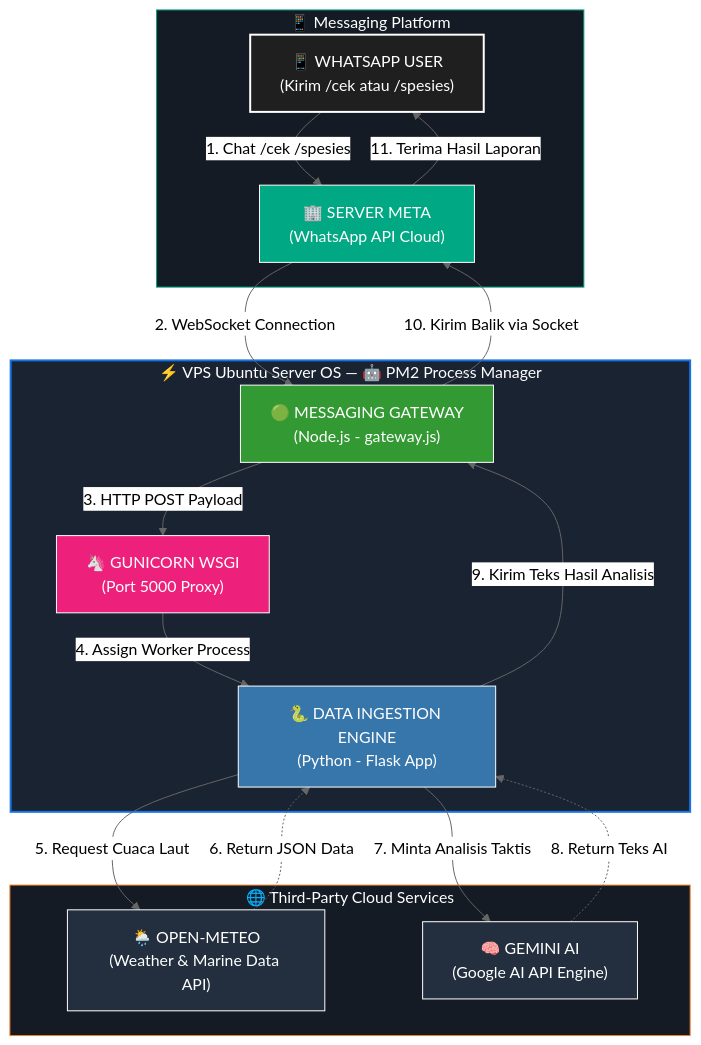
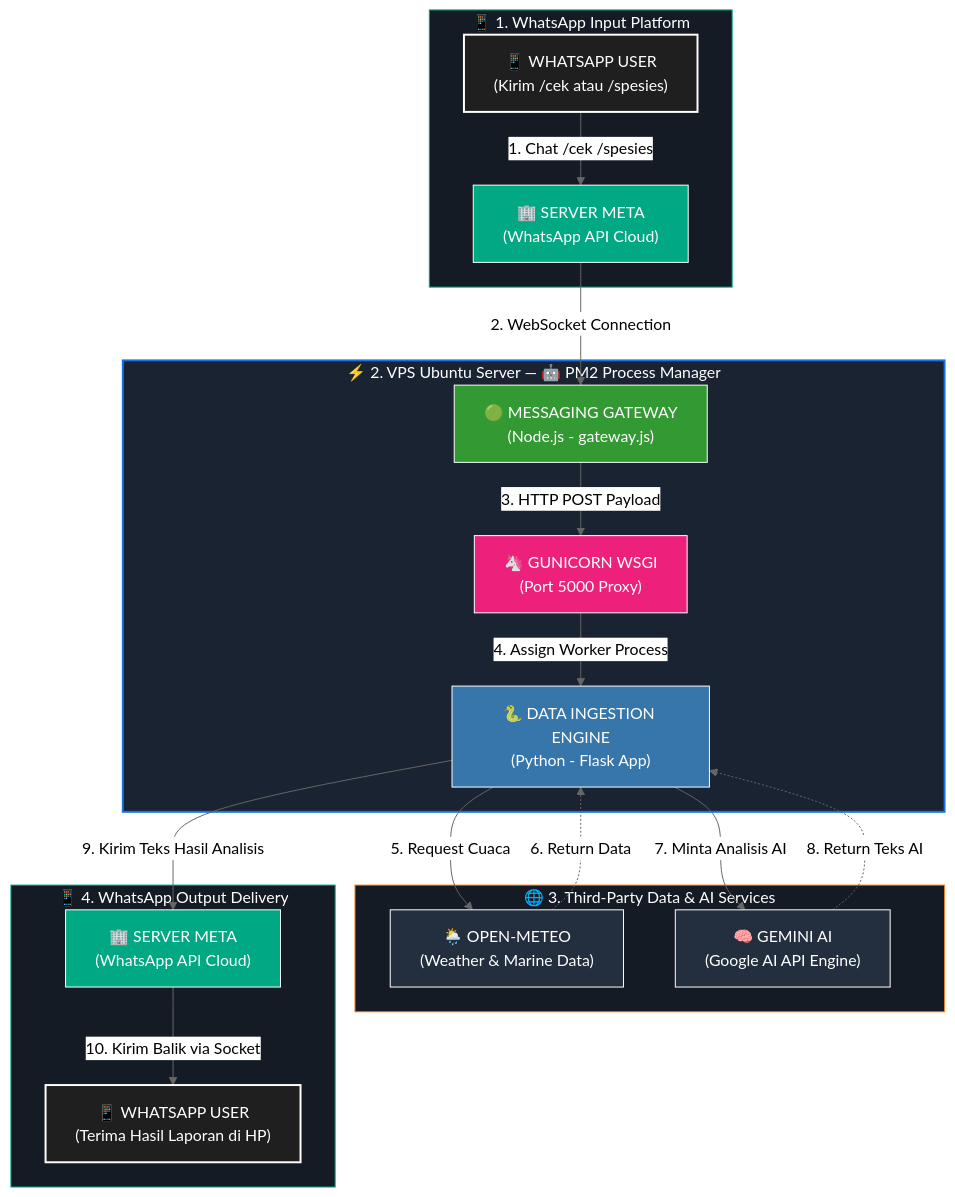
Before and after one commit to AdienDendra/architect-web: the diagram in content.id/projects/bot-fishing.md, drawn with Mermaid (neutral theme).

```diff
--- a/content.id/projects/bot-fishing.md
+++ b/content.id/projects/bot-fishing.md
@@ -60,52 +60,59 @@
 {{< mermaid >}}
 graph TD
     %% Define Styles
     classDef user fill:#1f1f1f,stroke:#fff,stroke-width:2px,color:#fff;
     classDef meta fill:#00a884,stroke:#fff,stroke-width:1px,color:#fff;
     classDef nodejs fill:#339933,stroke:#fff,stroke-width:1px,color:#fff;
     classDef guni fill:#ed217c,stroke:#fff,stroke-width:1px,color:#fff;
     classDef python fill:#3776AB,stroke:#fff,stroke-width:1px,color:#fff;
     classDef external fill:#232F3E,stroke:#fff,stroke-width:1px,color:#fff;
 
-    %% === LAPIS 1: USER PLATFORM (ATAS) ===
-    subgraph USER_SPACE ["📱 Messaging Platform"]
-        User["📱 WHATSAPP USER<br>(Kirim /cek atau /spesies)"]:::user
-        Meta["🏢 SERVER META<br>(WhatsApp API Cloud)"]:::meta
+    %% === LAPIS 1: INPUT PLATFORM (ATAS) ===
+    subgraph IN_SPACE ["📱 1. WhatsApp Input Platform"]
+        UserIn["📱 WHATSAPP USER<br>(Kirim /cek atau /spesies)"]:::user
+        MetaIn["🏢 SERVER META<br>(WhatsApp API Cloud)"]:::meta
     end
 
-    %% === LAPIS 2: INFRASTRUKTUR SERVER (TENGAH) ===
-    subgraph VPS ["⚡ VPS Ubuntu Server OS — 🤖 PM2 Process Manager"]
+    %% === LAPIS 2: CORE SERVER PROCESSING (TENGAH) ===
+    subgraph VPS ["⚡ 2. VPS Ubuntu Server — 🤖 PM2 Process Manager"]
         NodeApp["🟢 MESSAGING GATEWAY<br>(Node.js - gateway.js)"]:::nodejs
         GuniMaster["🦄 GUNICORN WSGI<br>(Port 5000 Proxy)"]:::guni
         MainPy["🐍 DATA INGESTION ENGINE<br>(Python - Flask App)"]:::python
     end
 
-    %% === LAPIS 3: EXTERNAL API SERVICES (BAWAH) ===
-    subgraph API_SPACE ["🌐 Third-Party Cloud Services"]
-        BOM["🌦️ OPEN-METEO<br>(Weather & Marine Data API)"]:::external
+    %% === LAPIS 3: EXTERNAL API (BAWAH) ===
+    subgraph API_SPACE ["🌐 3. Third-Party Data & AI Services"]
+        BOM["🌦️ OPEN-METEO<br>(Weather & Marine Data)"]:::external
         Gemini["🧠 GEMINI AI<br>(Google AI API Engine)"]:::external
     end
 
-    %% === FLOW ALUR MASUK (DOWNWARD FLOW) ===
-    User -->|1. Chat /cek /spesies| Meta
-    Meta -->|2. WebSocket Connection| NodeApp
+    %% === LAPIS 4: OUTPUT PLATFORM (PALING BAWAH) ===
+    subgraph OUT_SPACE ["📱 4. WhatsApp Output Delivery"]
+        MetaOut["🏢 SERVER META<br>(WhatsApp API Cloud)"]:::meta
+        UserOut["📱 WHATSAPP USER<br>(Terima Hasil Laporan di HP)"]:::user
+    end
+
+    %% === FLOW ALUR SEKUENSIAL (MURNI LURUS SATU ARAH KE BAWAH) ===
+    %% Fase Masuk
+    UserIn -->|1. Chat /cek /spesies| MetaIn
+    MetaIn -->|2. WebSocket Connection| NodeApp
     NodeApp -->|3. HTTP POST Payload| GuniMaster
     GuniMaster -->|4. Assign Worker Process| MainPy
     
-    %% === INTERAKSI API DI LEVEL BAWAH ===
-    MainPy -->|5. Request Cuaca Laut| BOM
-    BOM -.->|6. Return JSON Data| MainPy
-    MainPy -->|7. Minta Analisis Taktis| Gemini
+    %% Fase Data
+    MainPy -->|5. Request Cuaca| BOM
+    BOM -.->|6. Return Data| MainPy
+    MainPy -->|7. Minta Analisis AI| Gemini
     Gemini -.->|8. Return Teks AI| MainPy
     
-    %% === FLOW ALUR BALIK (UPWARD RETURN FLOW) ===
-    MainPy -->|9. Kirim Teks Hasil Analisis| NodeApp
-    NodeApp -->|10. Kirim Balik via Socket| Meta
-    Meta -->|11. Terima Hasil Laporan| User
+    %% Fase Keluar (Dipaksa lanjut ke bawah, tidak melompat balik ke atas)
+    MainPy -->|9. Kirim Teks Hasil Analisis| MetaOut
+    MetaOut -->|10. Kirim Balik via Socket| UserOut
 
-    %% Style untuk Tiga Box Subgraph
-    style USER_SPACE fill:#141b24,stroke:#00a884,stroke-width:1px,color:#fff
+    %% Style Containers
+    style IN_SPACE fill:#141b24,stroke:#00a884,stroke-width:1px,color:#fff
     style VPS fill:#1a2332,stroke:#1473e6,stroke-width:2px,color:#fff
     style API_SPACE fill:#141b24,stroke:#f38020,stroke-width:1px,color:#fff
+    style OUT_SPACE fill:#141b24,stroke:#00a884,stroke-width:1px,color:#fff
 
 {{< /mermaid >}}
```
